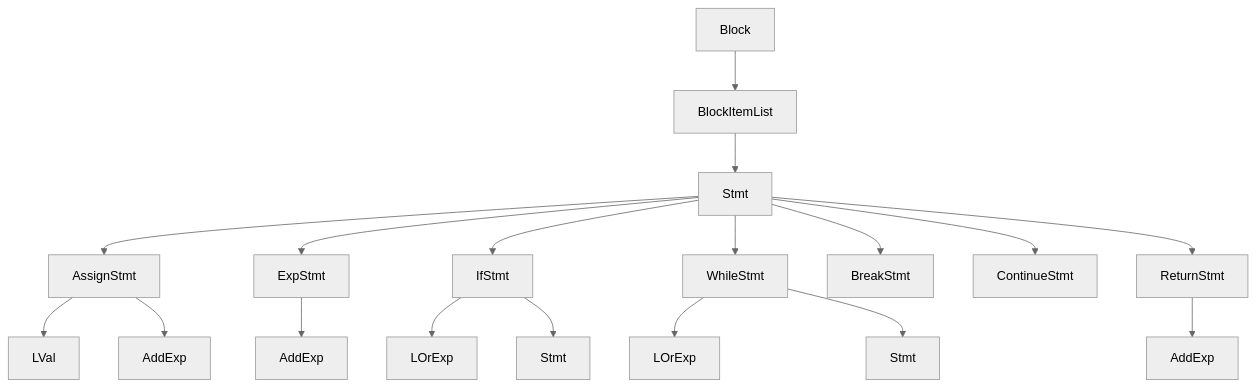
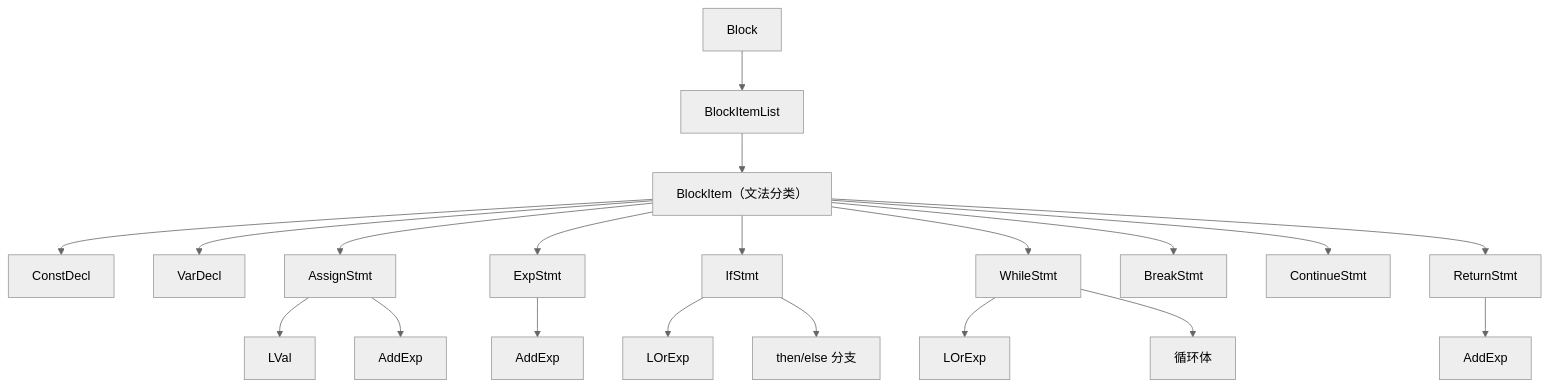
One commit to lyjy051219/SysYCompiler changed the third of 34 diagrams in Compiler/doc/DOCS.md. Above: the diagram before and after it, drawn with Mermaid (neutral theme). The commit also changed other lines of this file and 56 other files, not shown here.

````diff
--- a/Compiler/doc/DOCS.md
+++ b/Compiler/doc/DOCS.md
@@ -294,21 +294,23 @@
    ```mermaid
    graph TD
    	N1[Block] --> N2[BlockItemList]
-   	N2[BlockItemList] --> N3[Stmt]
-   	N3[Stmt] --> N4[AssignStmt]
+       N2[BlockItemList] --> N3[BlockItem（文法分类）]
+       N3 --> N19[ConstDecl]
+       N3 --> N20[VarDecl]
+       N3 --> N4[AssignStmt]
    	N4[AssignStmt] --> N5[LVal]
    	N4[AssignStmt] --> N6[AddExp]
-   	N3[Stmt] --> N7[ExpStmt]
+       N3 --> N7[ExpStmt]
    	N7[ExpStmt] --> N8[AddExp]
-   	N3[Stmt] --> N9[IfStmt]
+       N3 --> N9[IfStmt]
    	N9[IfStmt] --> N10[LOrExp]
-   	N9[IfStmt] --> N11[Stmt]
-   	N3[Stmt] --> N12[WhileStmt]
+       N9[IfStmt] --> N11[then/else 分支]
+       N3 --> N12[WhileStmt]
    	N12[WhileStmt] --> N13[LOrExp]
-   	N12[WhileStmt] --> N14[Stmt]
-   	N3[Stmt] --> N15[BreakStmt]
-   	N3[Stmt] --> N16[ContinueStmt]
-   	N3[Stmt] --> N17[ReturnStmt]
+       N12[WhileStmt] --> N14[循环体]
+       N3 --> N15[BreakStmt]
+       N3 --> N16[ContinueStmt]
+       N3 --> N17[ReturnStmt]
    	N17[ReturnStmt] --> n18[AddExp]
    
    ```
````
